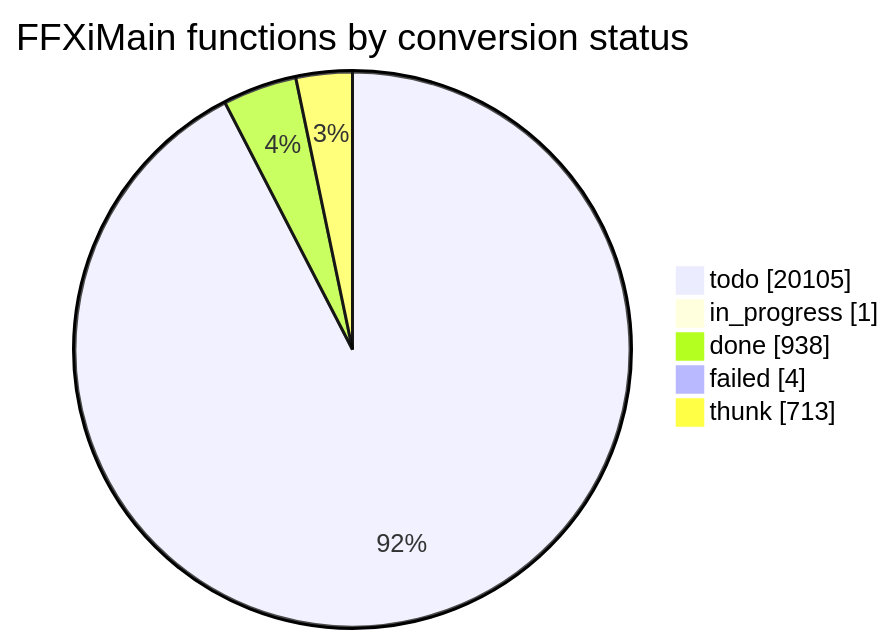
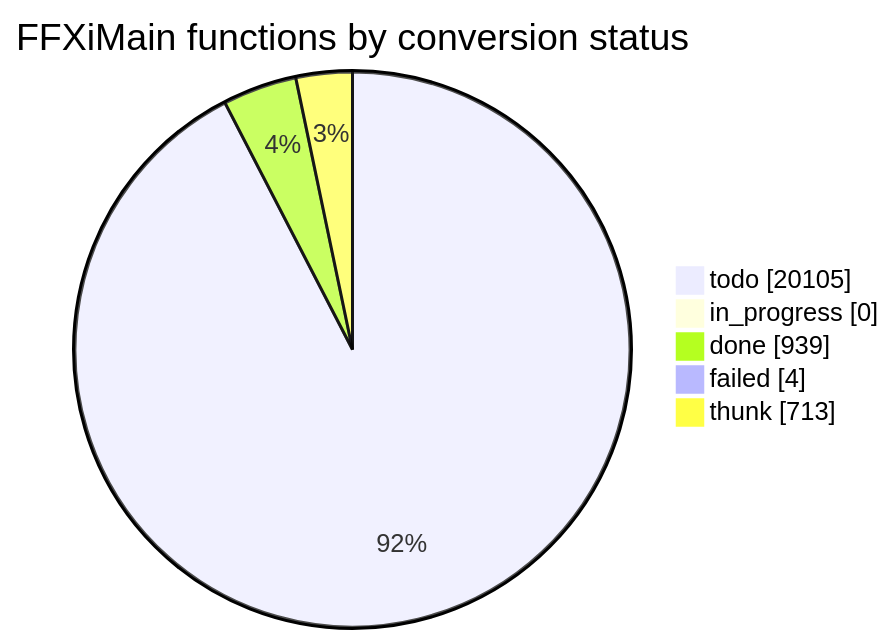
Before and after one commit to cowrevenge/cow_kuluu_xi_anything: the diagram in docs/cow/STATUS.md, drawn with Mermaid. The commit also changed other lines of this file and 9 other files, not shown here.

````diff
--- a/docs/cow/STATUS.md
+++ b/docs/cow/STATUS.md
@@ -18,9 +18,9 @@
 ```mermaid
 pie showData
     title FFXiMain functions by conversion status
     "todo" : 20105
-    "in_progress" : 1
-    "done" : 938
+    "in_progress" : 0
+    "done" : 939
     "failed" : 4
     "thunk" : 713
 ```
````
